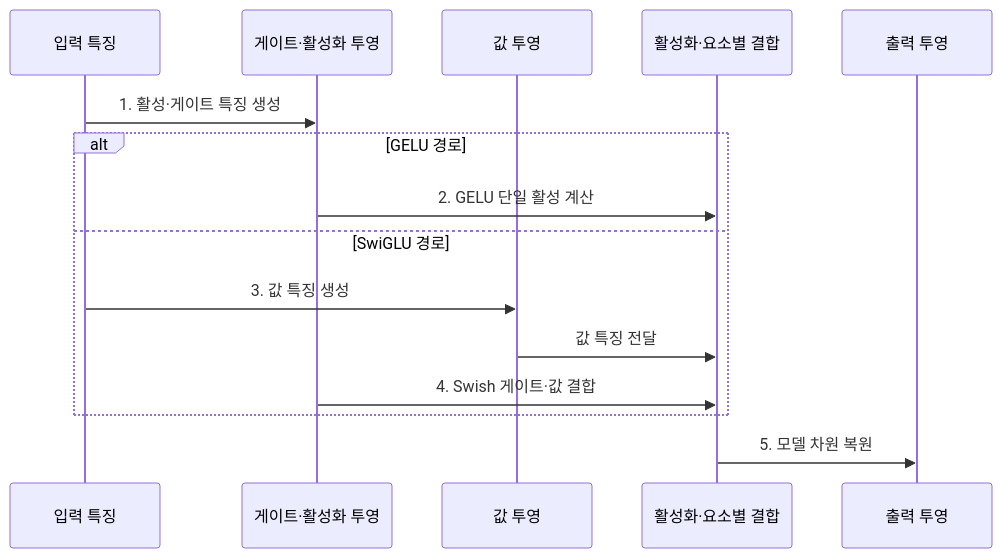
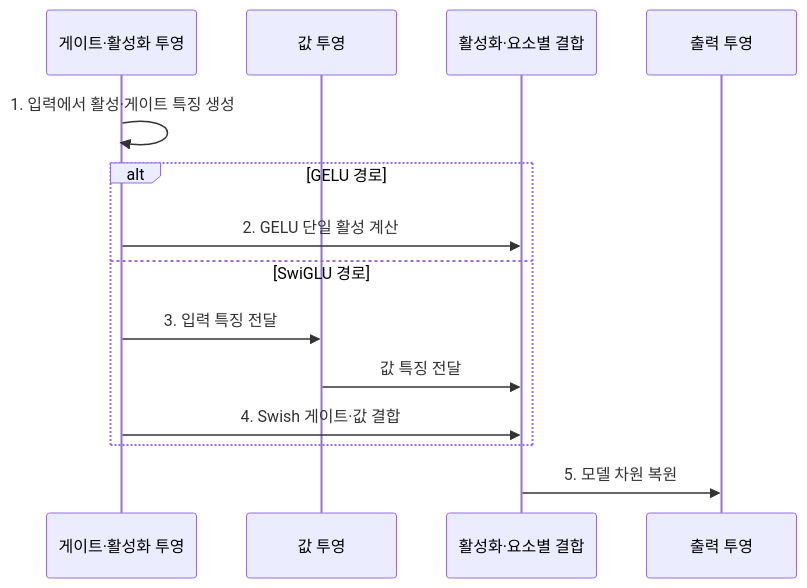
The second of 2 diagrams in src/content/docs/notes/08-latest-tech/226_swiglu_vs_gelu_activation.md (agnusdei1207/knowledge-base), drawn with Mermaid before and after one commit. The commit also changed other lines of this file and 6 other files, not shown here.

Commit message:
Focus sustainability and emerging technology flows

````diff
--- a/src/content/docs/notes/08-latest-tech/226_swiglu_vs_gelu_activation.md
+++ b/src/content/docs/notes/08-latest-tech/226_swiglu_vs_gelu_activation.md
@@ -95,17 +95,16 @@
 ```mermaid
 sequenceDiagram
-  participant I as 입력 특징
-  participant G as 게이트·활성화 투영
+    participant G as 게이트·활성화 투영
   participant V as 값 투영
   participant C as 활성화·요소별 결합
   participant O as 출력 투영
-  I->>G: 1. 활성·게이트 특징 생성
+    G->>G: 1. 입력에서 활성·게이트 특징 생성
   alt GELU 경로
     G->>C: 2. GELU 단일 활성 계산
   else SwiGLU 경로
-    I->>V: 3. 값 특징 생성
+    G->>V: 3. 입력 특징 전달
     V->>C: 값 특징 전달
     G->>C: 4. Swish 게이트·값 결합
   end
   C->>O: 5. 모델 차원 복원
 ```
````
